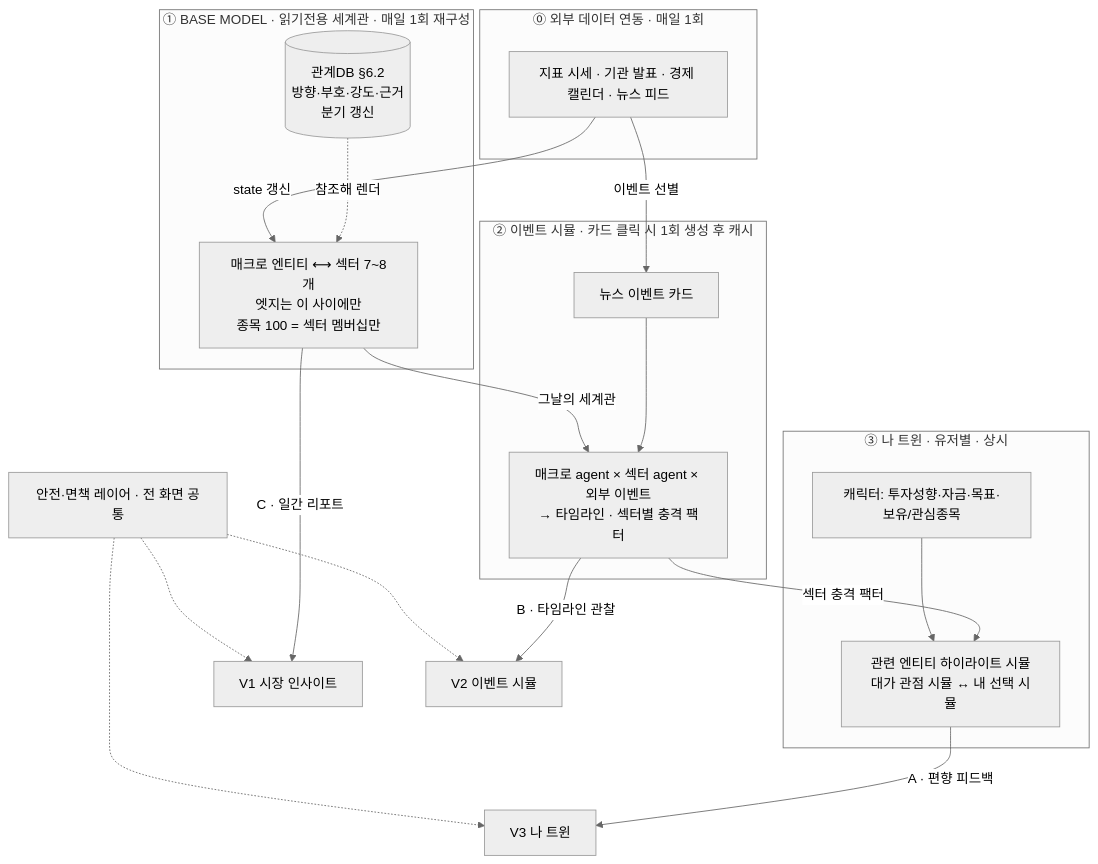
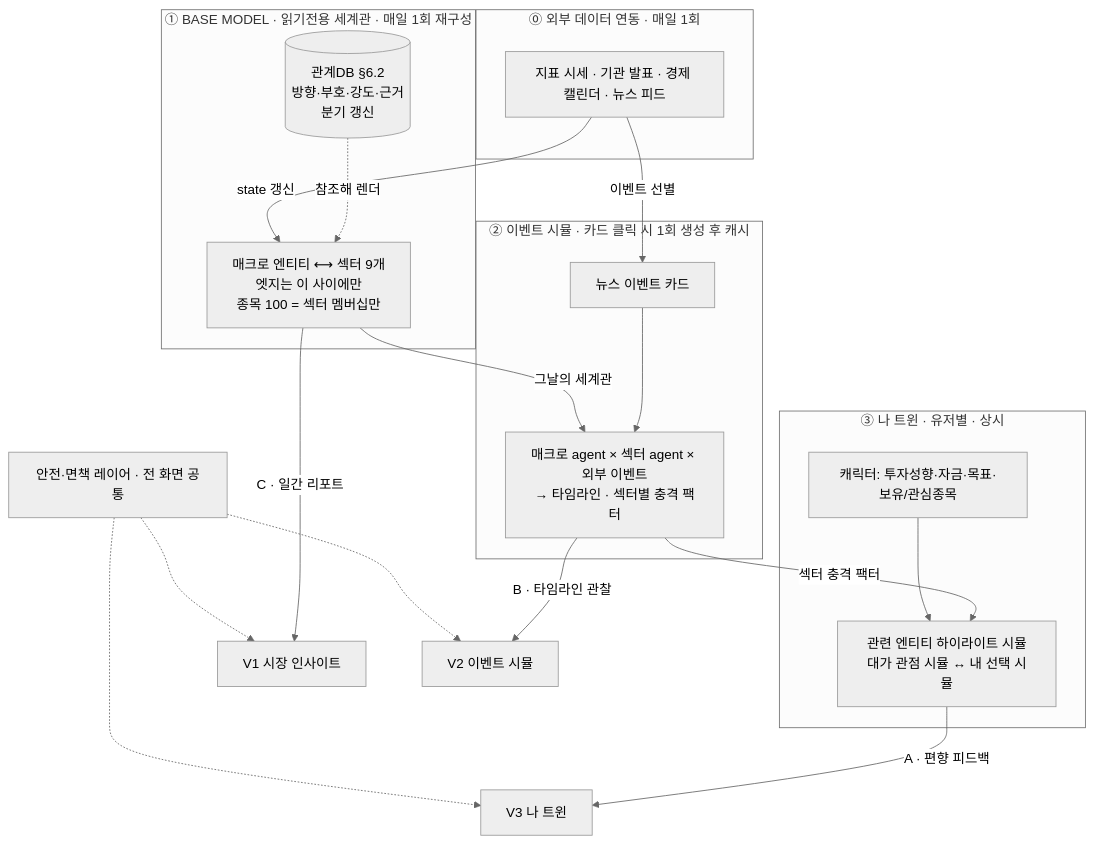
Before and after one commit to yoojeonglee12/finverse: the diagram in docs/PRD.md, drawn with Mermaid (neutral theme). The commit also changed other lines of this file and 2 other files, not shown here.

````diff
--- a/docs/PRD.md
+++ b/docs/PRD.md
@@ -75,30 +75,30 @@
 ```mermaid
 flowchart TB
     subgraph L0["⓪ 외부 데이터 연동 · 매일 1회"]
         EXT["지표 시세 · 기관 발표 · 경제 캘린더 · 뉴스 피드"]
     end
     subgraph L1["① BASE MODEL · 읽기전용 세계관 · 매일 1회 재구성"]
         REL[("관계DB §6.2<br/>방향·부호·강도·근거<br/>분기 갱신")]
-        GRAPH["매크로 엔티티 ⟷ 섹터 7~8개<br/>엣지는 이 사이에만<br/>종목 100 = 섹터 멤버십만"]
+        GRAPH["매크로 엔티티 ⟷ 섹터 9개<br/>엣지는 이 사이에만<br/>종목 100 = 섹터 멤버십만"]
         REL -. "참조해 렌더" .-> GRAPH
     end
     subgraph L2["② 이벤트 시뮬 · 카드 클릭 시 1회 생성 후 캐시"]
         CARD["뉴스 이벤트 카드"]
         SIM["매크로 agent × 섹터 agent × 외부 이벤트<br/>→ 타임라인 · 섹터별 충격 팩터"]
     end
     subgraph L3["③ 나 트윈 · 유저별 · 상시"]
         TWIN["캐릭터: 투자성향·자금·목표·보유/관심종목"]
         MYSIM["관련 엔티티 하이라이트 시뮬<br/>대가 관점 시뮬 ↔ 내 선택 시뮬"]
     end
 
     EXT -- "state 갱신" --> GRAPH
     EXT -- "이벤트 선별" --> CARD
     GRAPH -- "C · 일간 리포트" --> V1["V1 시장 인사이트"]
     CARD --> SIM
     GRAPH -- "그날의 세계관" --> SIM
     SIM -- "B · 타임라인 관찰" --> V2["V2 이벤트 시뮬"]
     SIM -- "섹터 충격 팩터" --> MYSIM
     TWIN --> MYSIM
     MYSIM -- "A · 편향 피드백" --> V3["V3 나 트윈"]
     SAFE["안전·면책 레이어 · 전 화면 공통"] -.-> V1 & V2 & V3
 ```
````
